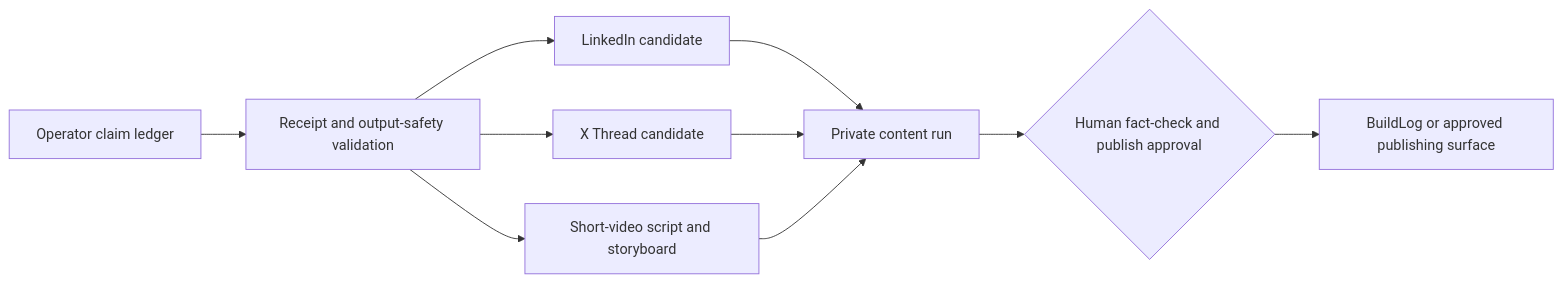
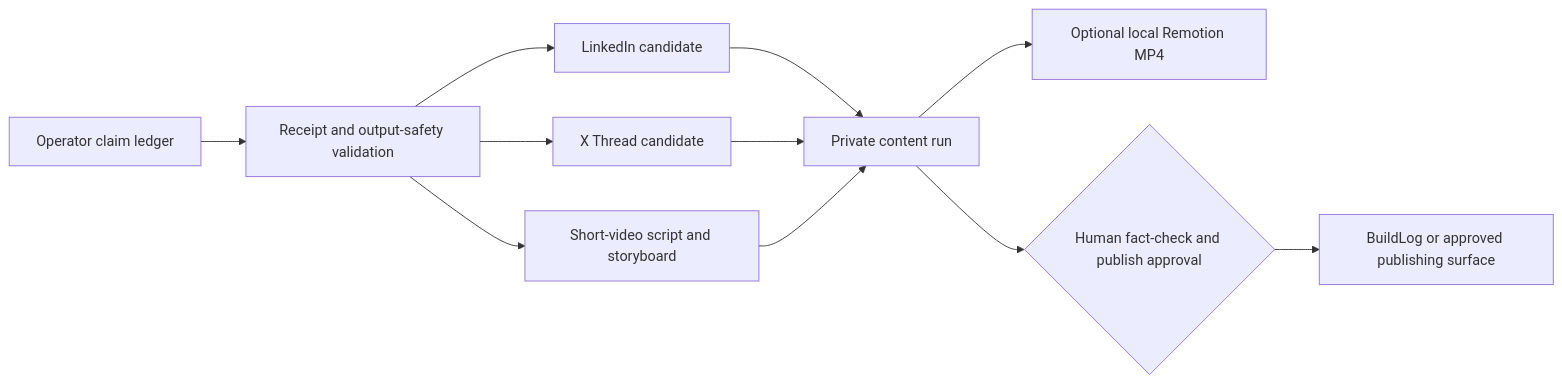
The fifth of 7 diagrams in docs/architecture.md (langju123456/solo-scale-ai-os), drawn with Mermaid before and after one commit. The commit also changed other lines of this file and 17 other files, not shown here.

````diff
--- a/docs/architecture.md
+++ b/docs/architecture.md
@@ -123,12 +123,13 @@
 ```mermaid
 flowchart LR
     C[Operator claim ledger] --> V[Receipt and output-safety validation]
     V --> L[LinkedIn candidate]
     V --> X[X Thread candidate]
     V --> S[Short-video script and storyboard]
     L --> P[Private content run]
     X --> P
     S --> P
+    P --> R[Optional local Remotion MP4]
     P --> H{Human fact-check and publish approval}
     H --> B[BuildLog or approved publishing surface]
 ```
````
